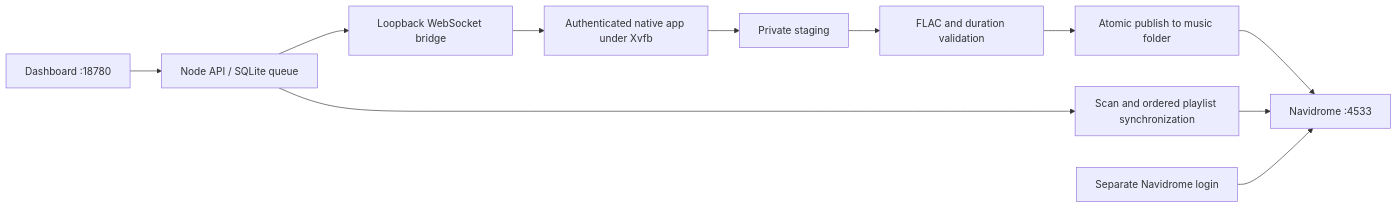
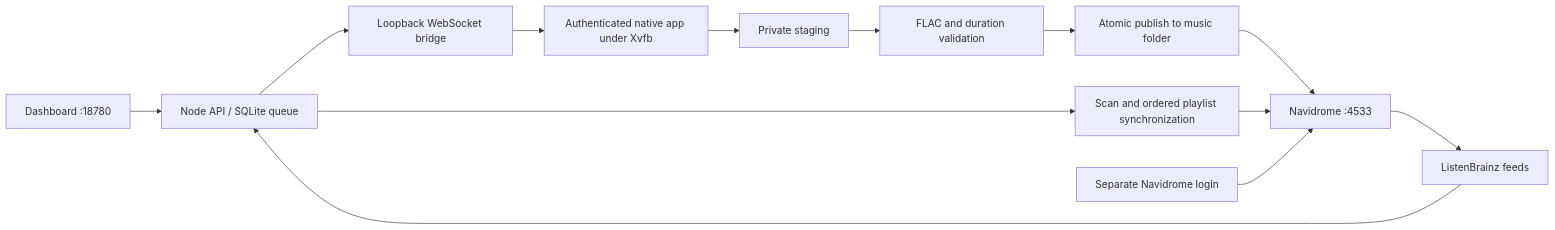
One commit to kanishka-sahoo/privamusic changed the diagram in README.md. Above: the diagram before and after it, drawn with Mermaid. The commit also changed other lines of this file and 16 other files, not shown here.

First line of the commit message:
Add ListenBrainz scrobbling and discovery feed imports

````diff
--- a/README.md
+++ b/README.md
@@ -79,13 +79,15 @@
 ```mermaid
 flowchart LR
   Browser[Dashboard :18780] --> API[Node API / SQLite queue]
   API --> Bridge[Loopback WebSocket bridge]
   Bridge --> Native[Authenticated native app under Xvfb]
   Native --> Stage[Private staging]
   Stage --> Validate[FLAC and duration validation]
   Validate --> Files[Atomic publish to music folder]
   API --> Sync[Scan and ordered playlist synchronization]
+  LB[ListenBrainz feeds] --> API
+  Navidrome --> LB
   Files --> Navidrome[Navidrome :4533]
   Sync --> Navidrome
   Listener[Separate Navidrome login] --> Navidrome
 ```
````
